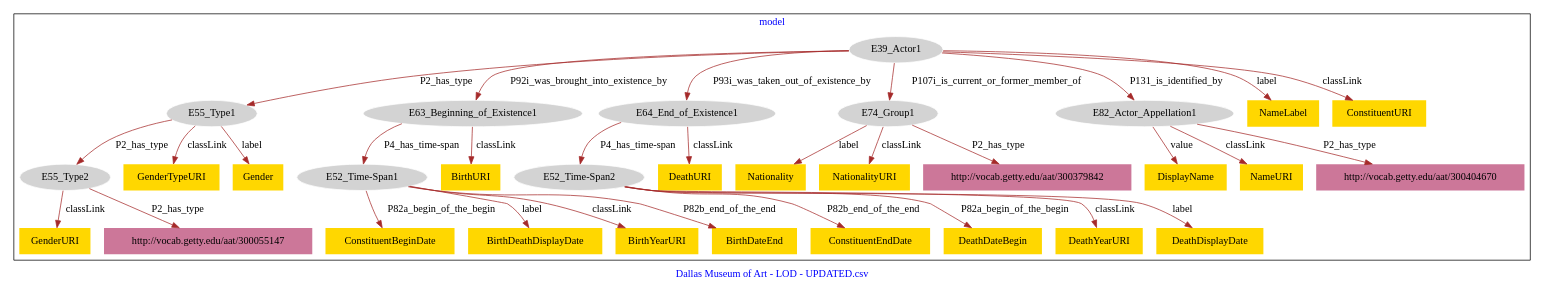
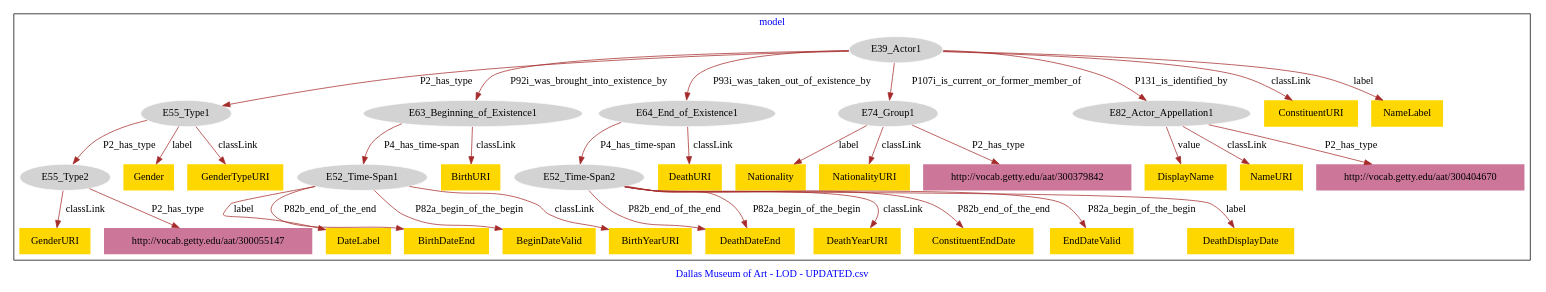
The diagram in Constituents/DMA_Constituents-model.dot (american-art/DMA), drawn with Graphviz before and after one commit.

Commit message:
Update file DMA_Constituents-model.dot

```diff
--- a/Constituents/DMA_Constituents-model.dot
+++ b/Constituents/DMA_Constituents-model.dot
@@ -1,69 +1,72 @@
 digraph n0 {
 fontcolor="blue"
 remincross="true"
 label="Dallas Museum of Art - LOD - UPDATED.csv"
 subgraph cluster {
 label="model"
 n2[style="filled",color="white",fillcolor="lightgray",label="E39_Actor1"];
 n3[style="filled",color="white",fillcolor="lightgray",label="E55_Type1"];
 n4[style="filled",color="white",fillcolor="lightgray",label="E63_Beginning_of_Existence1"];
 n5[style="filled",color="white",fillcolor="lightgray",label="E64_End_of_Existence1"];
 n6[style="filled",color="white",fillcolor="lightgray",label="E74_Group1"];
 n7[style="filled",color="white",fillcolor="lightgray",label="E82_Actor_Appellation1"];
 n8[style="filled",color="white",fillcolor="lightgray",label="E55_Type2"];
 n9[style="filled",color="white",fillcolor="lightgray",label="E52_Time-Span1"];
 n10[style="filled",color="white",fillcolor="lightgray",label="E52_Time-Span2"];
-n11[shape="plaintext",style="filled",fillcolor="gold",label="ConstituentBeginDate"];
-n12[shape="plaintext",style="filled",fillcolor="gold",label="GenderURI"];
-n13[shape="plaintext",style="filled",fillcolor="gold",label="Nationality"];
-n14[shape="plaintext",style="filled",fillcolor="gold",label="BirthDeathDisplayDate"];
-n15[shape="plaintext",style="filled",fillcolor="gold",label="NameLabel"];
-n16[shape="plaintext",style="filled",fillcolor="gold",label="GenderTypeURI"];
-n17[shape="plaintext",style="filled",fillcolor="gold",label="Gender"];
-n18[shape="plaintext",style="filled",fillcolor="gold",label="DisplayName"];
-n19[shape="plaintext",style="filled",fillcolor="gold",label="ConstituentEndDate"];
-n20[shape="plaintext",style="filled",fillcolor="gold",label="BirthYearURI"];
-n21[shape="plaintext",style="filled",fillcolor="gold",label="BirthURI"];
-n22[shape="plaintext",style="filled",fillcolor="gold",label="DeathDateBegin"];
-n23[shape="plaintext",style="filled",fillcolor="gold",label="DeathURI"];
-n24[shape="plaintext",style="filled",fillcolor="gold",label="DeathYearURI"];
-n25[shape="plaintext",style="filled",fillcolor="gold",label="NameURI"];
+n11[shape="plaintext",style="filled",fillcolor="gold",label="DeathDateEnd"];
+n12[shape="plaintext",style="filled",fillcolor="gold",label="DeathYearURI"];
+n13[shape="plaintext",style="filled",fillcolor="gold",label="DateLabel"];
+n14[shape="plaintext",style="filled",fillcolor="gold",label="Nationality"];
+n15[shape="plaintext",style="filled",fillcolor="gold",label="ConstituentURI"];
+n16[shape="plaintext",style="filled",fillcolor="gold",label="ConstituentEndDate"];
+n17[shape="plaintext",style="filled",fillcolor="gold",label="DisplayName"];
+n18[shape="plaintext",style="filled",fillcolor="gold",label="GenderURI"];
+n19[shape="plaintext",style="filled",fillcolor="gold",label="EndDateValid"];
+n20[shape="plaintext",style="filled",fillcolor="gold",label="Gender"];
+n21[shape="plaintext",style="filled",fillcolor="gold",label="NationalityURI"];
+n22[shape="plaintext",style="filled",fillcolor="gold",label="DeathURI"];
+n23[shape="plaintext",style="filled",fillcolor="gold",label="NameLabel"];
+n24[shape="plaintext",style="filled",fillcolor="gold",label="GenderTypeURI"];
+n25[shape="plaintext",style="filled",fillcolor="gold",label="BirthDateEnd"];
 n26[shape="plaintext",style="filled",fillcolor="gold",label="DeathDisplayDate"];
-n27[shape="plaintext",style="filled",fillcolor="gold",label="BirthDateEnd"];
-n28[shape="plaintext",style="filled",fillcolor="gold",label="NationalityURI"];
-n29[shape="plaintext",style="filled",fillcolor="gold",label="ConstituentURI"];
-n30[shape="plaintext",style="filled",fillcolor="#CC7799",label="http://vocab.getty.edu/aat/300404670"];
-n31[shape="plaintext",style="filled",fillcolor="#CC7799",label="http://vocab.getty.edu/aat/300055147"];
-n32[shape="plaintext",style="filled",fillcolor="#CC7799",label="http://vocab.getty.edu/aat/300379842"];
+n27[shape="plaintext",style="filled",fillcolor="gold",label="NameURI"];
+n28[shape="plaintext",style="filled",fillcolor="gold",label="BeginDateValid"];
+n29[shape="plaintext",style="filled",fillcolor="gold",label="BirthURI"];
+n30[shape="plaintext",style="filled",fillcolor="gold",label="BirthYearURI"];
+n31[shape="plaintext",style="filled",fillcolor="#CC7799",label="http://vocab.getty.edu/aat/300404670"];
+n32[shape="plaintext",style="filled",fillcolor="#CC7799",label="http://vocab.getty.edu/aat/300055147"];
+n33[shape="plaintext",style="filled",fillcolor="#CC7799",label="http://vocab.getty.edu/aat/300379842"];
 }
 n2 -> n3[color="brown",fontcolor="black",label="P2_has_type"]
 n2 -> n4[color="brown",fontcolor="black",label="P92i_was_brought_into_existence_by"]
 n2 -> n5[color="brown",fontcolor="black",label="P93i_was_taken_out_of_existence_by"]
 n2 -> n6[color="brown",fontcolor="black",label="P107i_is_current_or_former_member_of"]
 n2 -> n7[color="brown",fontcolor="black",label="P131_is_identified_by"]
 n3 -> n8[color="brown",fontcolor="black",label="P2_has_type"]
 n4 -> n9[color="brown",fontcolor="black",label="P4_has_time-span"]
 n5 -> n10[color="brown",fontcolor="black",label="P4_has_time-span"]
-n9 -> n11[color="brown",fontcolor="black",label="P82a_begin_of_the_begin"]
-n8 -> n12[color="brown",fontcolor="black",label="classLink"]
-n6 -> n13[color="brown",fontcolor="black",label="label"]
-n9 -> n14[color="brown",fontcolor="black",label="label"]
-n2 -> n15[color="brown",fontcolor="black",label="label"]
-n3 -> n16[color="brown",fontcolor="black",label="classLink"]
-n3 -> n17[color="brown",fontcolor="black",label="label"]
-n7 -> n18[color="brown",fontcolor="black",label="value"]
-n10 -> n19[color="brown",fontcolor="black",label="P82b_end_of_the_end"]
-n9 -> n20[color="brown",fontcolor="black",label="classLink"]
-n4 -> n21[color="brown",fontcolor="black",label="classLink"]
-n10 -> n22[color="brown",fontcolor="black",label="P82a_begin_of_the_begin"]
-n5 -> n23[color="brown",fontcolor="black",label="classLink"]
-n10 -> n24[color="brown",fontcolor="black",label="classLink"]
-n7 -> n25[color="brown",fontcolor="black",label="classLink"]
+n10 -> n11[color="brown",fontcolor="black",label="P82b_end_of_the_end"]
+n10 -> n12[color="brown",fontcolor="black",label="classLink"]
+n9 -> n13[color="brown",fontcolor="black",label="label"]
+n6 -> n14[color="brown",fontcolor="black",label="label"]
+n2 -> n15[color="brown",fontcolor="black",label="classLink"]
+n10 -> n16[color="brown",fontcolor="black",label="P82b_end_of_the_end"]
+n7 -> n17[color="brown",fontcolor="black",label="value"]
+n8 -> n18[color="brown",fontcolor="black",label="classLink"]
+n10 -> n19[color="brown",fontcolor="black",label="P82a_begin_of_the_begin"]
+n3 -> n20[color="brown",fontcolor="black",label="label"]
+n6 -> n21[color="brown",fontcolor="black",label="classLink"]
+n5 -> n22[color="brown",fontcolor="black",label="classLink"]
+n2 -> n23[color="brown",fontcolor="black",label="label"]
+n3 -> n24[color="brown",fontcolor="black",label="classLink"]
+n9 -> n25[color="brown",fontcolor="black",label="P82b_end_of_the_end"]
 n10 -> n26[color="brown",fontcolor="black",label="label"]
-n9 -> n27[color="brown",fontcolor="black",label="P82b_end_of_the_end"]
-n6 -> n28[color="brown",fontcolor="black",label="classLink"]
-n2 -> n29[color="brown",fontcolor="black",label="classLink"]
-n7 -> n30[color="brown",fontcolor="black",label="P2_has_type"]
-n8 -> n31[color="brown",fontcolor="black",label="P2_has_type"]
-n6 -> n32[color="brown",fontcolor="black",label="P2_has_type"]
+n7 -> n27[color="brown",fontcolor="black",label="classLink"]
+n9 -> n28[color="brown",fontcolor="black",label="P82a_begin_of_the_begin"]
+n4 -> n29[color="brown",fontcolor="black",label="classLink"]
+n9 -> n30[color="brown",fontcolor="black",label="classLink"]
+n7 -> n31[color="brown",fontcolor="black",label="P2_has_type"]
+n8 -> n32[color="brown",fontcolor="black",label="P2_has_type"]
+n6 -> n33[color="brown",fontcolor="black",label="P2_has_type"]
+n10 -> n11[color="brown",fontcolor="black",label="P82a_begin_of_the_begin"]
 }
```
